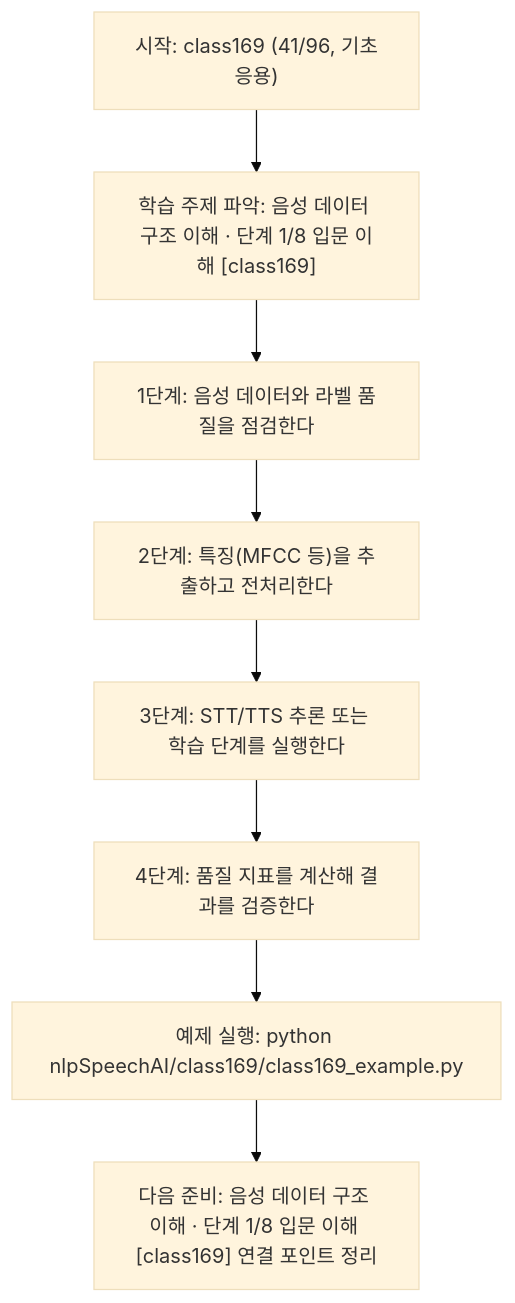
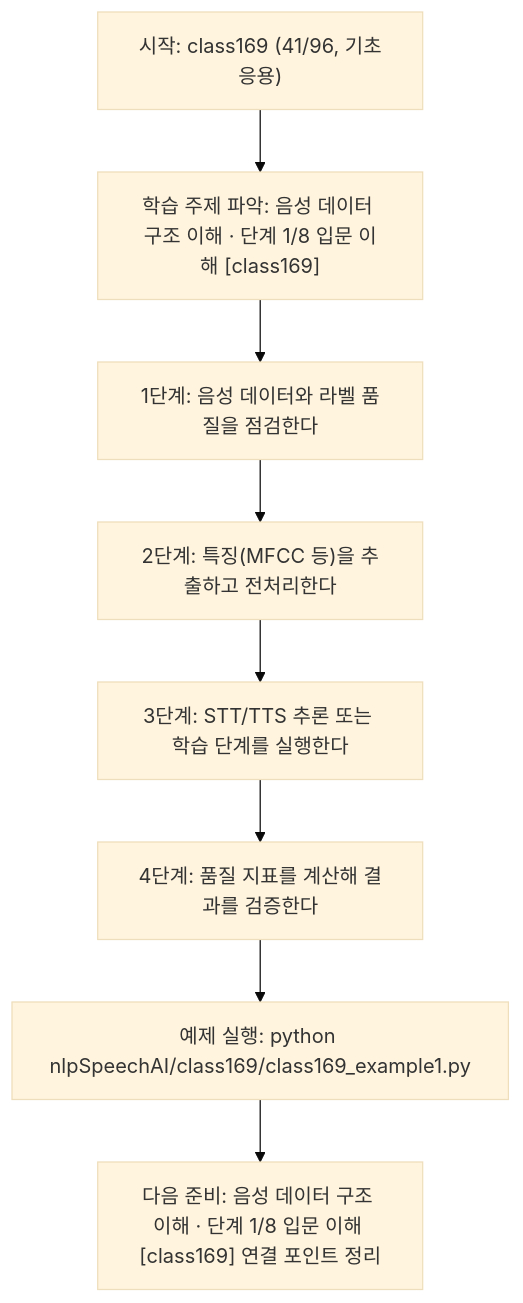
The diagram in nlpSpeechAI/class169/class169.md (edumgt/Python-AI_Agent-Class), drawn with Mermaid (base theme) before and after one commit. The commit also changed other lines of this file and 2959 other files, not shown here.

````diff
--- a/nlpSpeechAI/class169/class169.md
+++ b/nlpSpeechAI/class169/class169.md
@@ -115,18 +115,18 @@
 ```mermaid
 flowchart TD
 N1["시작: class169 (41/96, 기초응용)"]
 N2["학습 주제 파악: 음성 데이터 구조 이해 · 단계 1/8 입문 이해 [class169]"]
 N3["1단계: 음성 데이터와 라벨 품질을 점검한다"]
 N4["2단계: 특징(MFCC 등)을 추출하고 전처리한다"]
 N5["3단계: STT/TTS 추론 또는 학습 단계를 실행한다"]
 N6["4단계: 품질 지표를 계산해 결과를 검증한다"]
-N7["예제 실행: python nlpSpeechAI/class169/class169_example.py"]
+N7["예제 실행: python nlpSpeechAI/class169/class169_example1.py"]
 N8["다음 준비: 음성 데이터 구조 이해 · 단계 1/8 입문 이해 [class169] 연결 포인트 정리"]
 N1 --> N2
 N2 --> N3
 N3 --> N4
 N4 --> N5
 N5 --> N6
 N6 --> N7
 N7 --> N8
 ```
````
